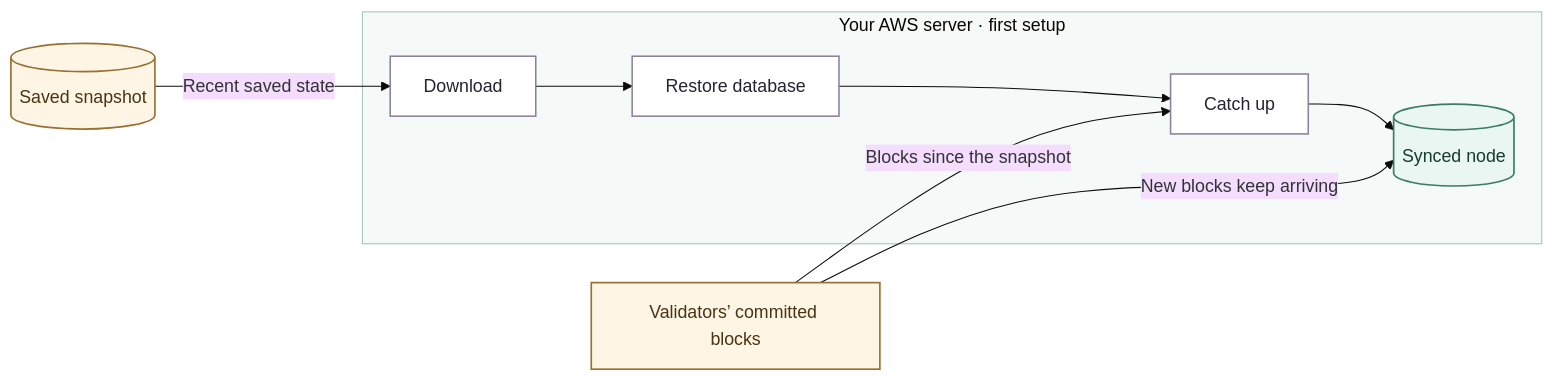
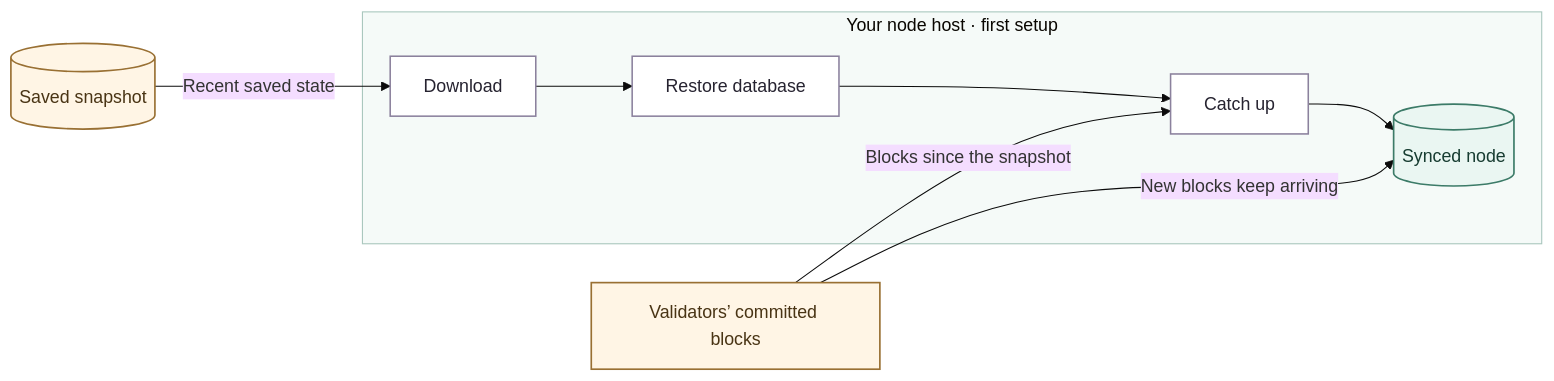
One commit to vrajdesai78/farcaster-bounty changed the diagram in site/diagrams/sync-desktop.mmd. Above: the diagram before and after it, drawn with Mermaid (base theme). The commit also changed 25 other files, not shown here.

Commit message:
Add separate all-local and AWS setup paths with capacity checks

```diff
--- a/site/diagrams/sync-desktop.mmd
+++ b/site/diagrams/sync-desktop.mmd
@@ -1,21 +1,21 @@
 flowchart LR
 accTitle: How a new node catches up
 accDescr: A saved snapshot is downloaded and restored onto the server disk. The node applies blocks made after the snapshot, then keeps applying new committed blocks.
 snapshot[("Saved snapshot")]:::network
-subgraph S["Your AWS server · first setup"]
+subgraph S["Your node host · first setup"]
  download["Download"]:::service
  restore["Restore database"]:::service
  catchup["Catch up"]:::service
  live[("Synced node")]:::data
 end
 blocks["Validators’ committed blocks"]:::network
 snapshot -->|"Recent saved state"| download
  download --> restore --> catchup --> live
 blocks -->|"Blocks since the snapshot"| catchup
 blocks -->|"New blocks keep arriving"| live
 style S fill:#f5faf8,stroke:#aac7be
 classDef device fill:#f1edff,stroke:#795acb,color:#24183e,stroke-width:1.5px
 classDef service fill:#ffffff,stroke:#8b819d,color:#262330,stroke-width:1.4px
 classDef data fill:#eaf6f2,stroke:#3c7b68,color:#173c31,stroke-width:1.5px
 classDef network fill:#fff5e5,stroke:#997033,color:#493414,stroke-width:1.5px
 classDef done fill:#eaf6f2,stroke:#3c7b68,color:#173c31,stroke-width:1.5px
```
